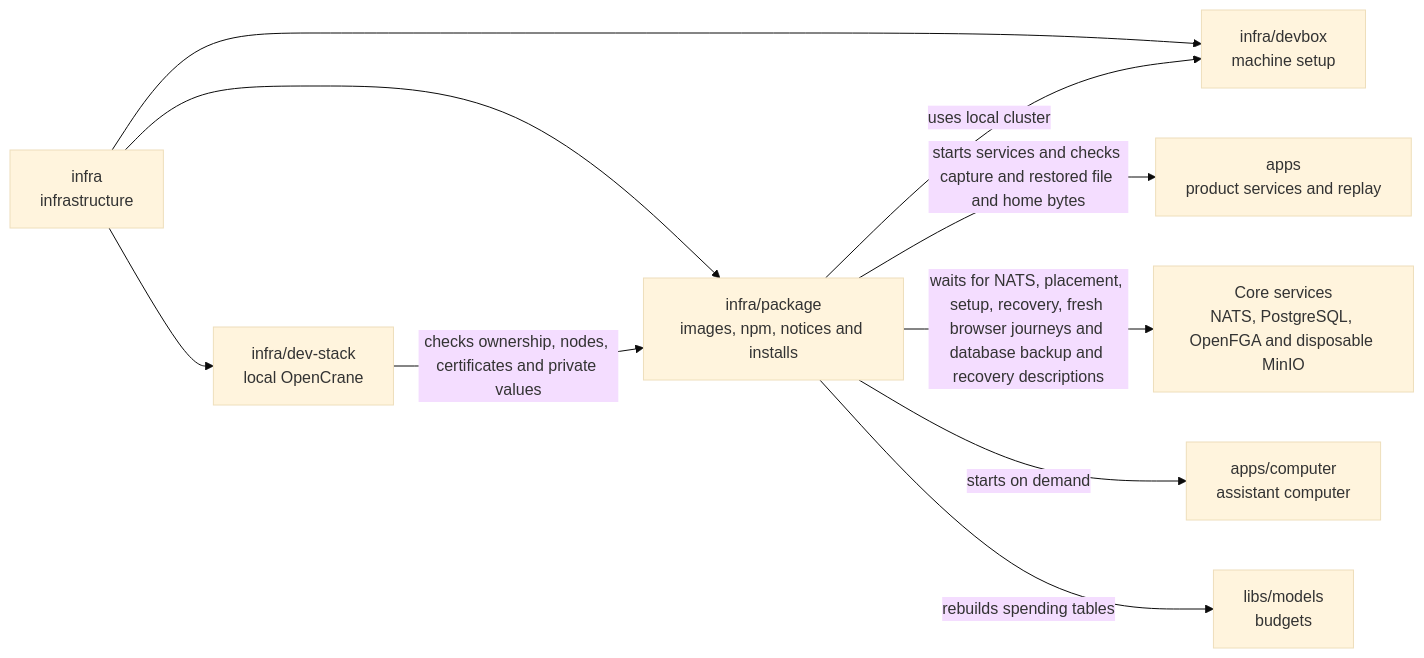
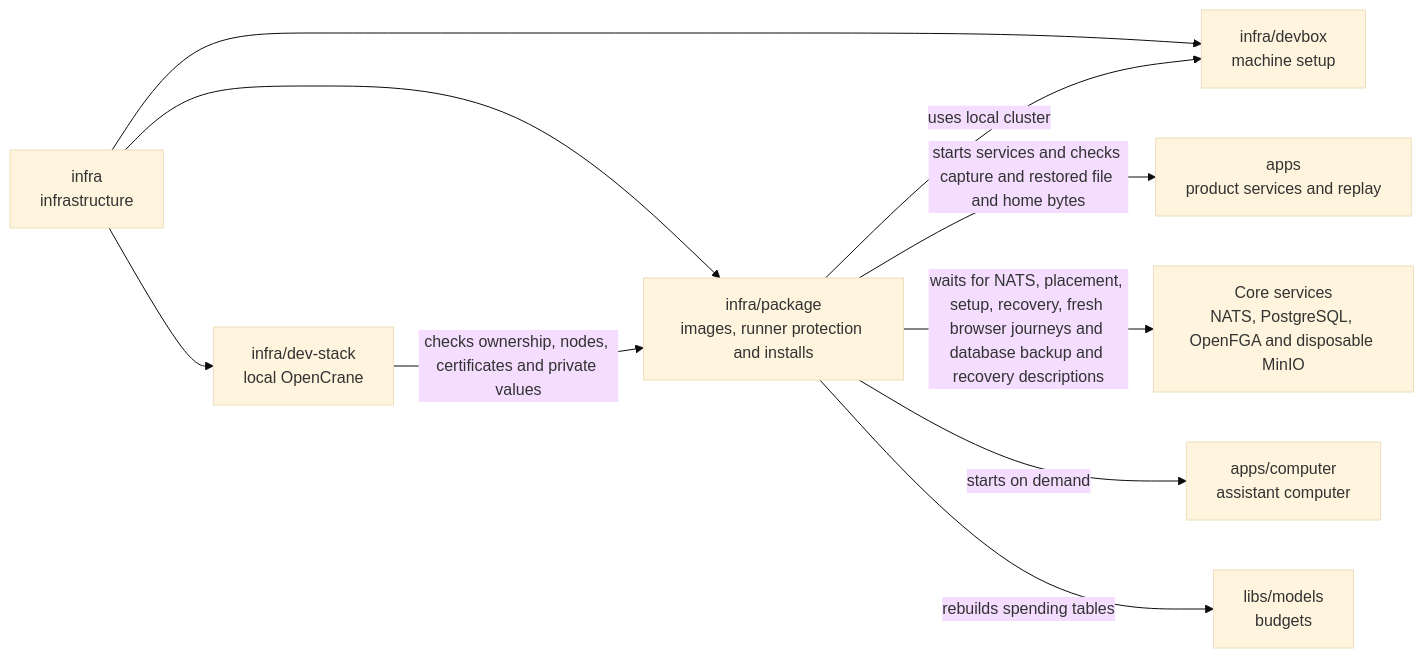
Before and after one commit to elewa-git/opencrane-new: the diagram in infra/package/README.md, drawn with Mermaid (base theme). The commit also changed other lines of this file and 15 other files, not shown here.

````diff
--- a/infra/package/README.md
+++ b/infra/package/README.md
@@ -19,12 +19,12 @@
 ```mermaid
 flowchart LR
-  infra["infra<br/>infrastructure"] --> package["infra/package<br/>images, npm, notices and installs"]
+  infra["infra<br/>infrastructure"] --> package["infra/package<br/>images, runner protection and installs"]
   infra --> stack["infra/dev-stack<br/>local OpenCrane"]
   infra --> devbox["infra/devbox<br/>machine setup"]
   stack -->|checks ownership, nodes, certificates and private values| package
   package -->|uses local cluster| devbox
   package -->|starts services and checks capture and restored file and home bytes| apps["apps<br/>product services and replay"]
   package -->|waits for NATS, placement, setup, recovery, fresh browser journeys and database backup and recovery descriptions| services["Core services<br/>NATS, PostgreSQL, OpenFGA and disposable MinIO"]
   package -->|starts on demand| computer["apps/computer<br/>assistant computer"]
   package -->|rebuilds spending tables| models["libs/models<br/>budgets"]
 ```
````
